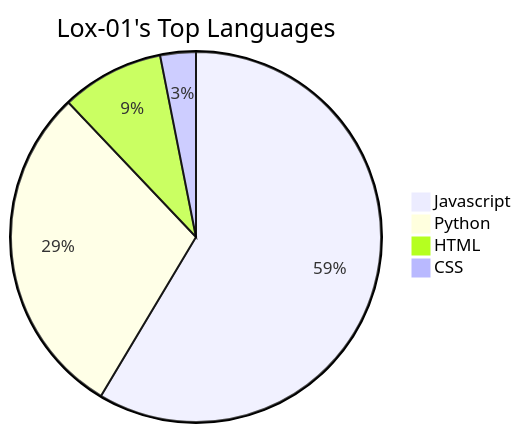
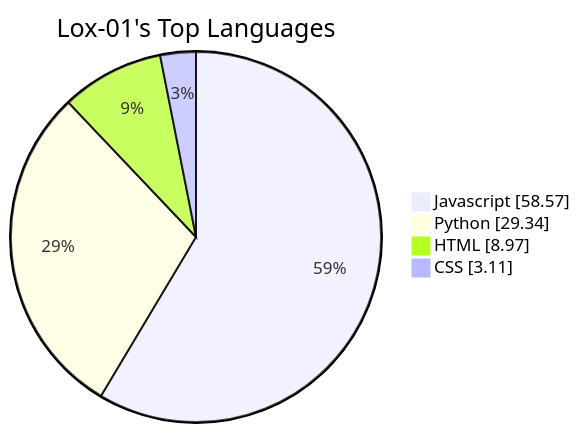
One commit to Lox-01/Lox-01 changed the diagram in README.md. Above: the diagram before and after it, drawn with Mermaid.

````diff
--- a/README.md
+++ b/README.md
@@ -13,7 +13,8 @@
 ```mermaid
-pie title Lox-01's Top Languages
+pie showData
+    title Lox-01's Top Languages
     "Javascript" : 58.57
     "Python" : 29.34
     "HTML" : 8.97
     "CSS" : 3.11
 ```
````
